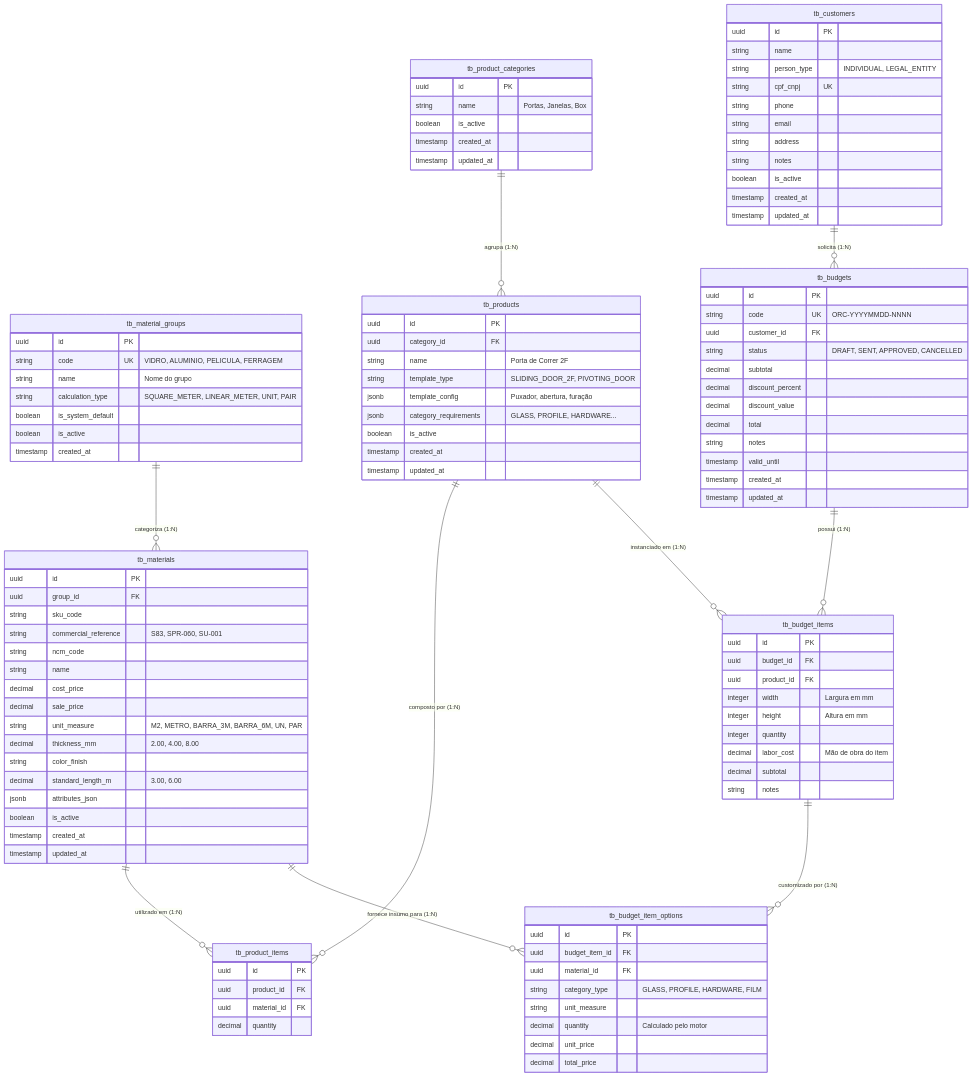
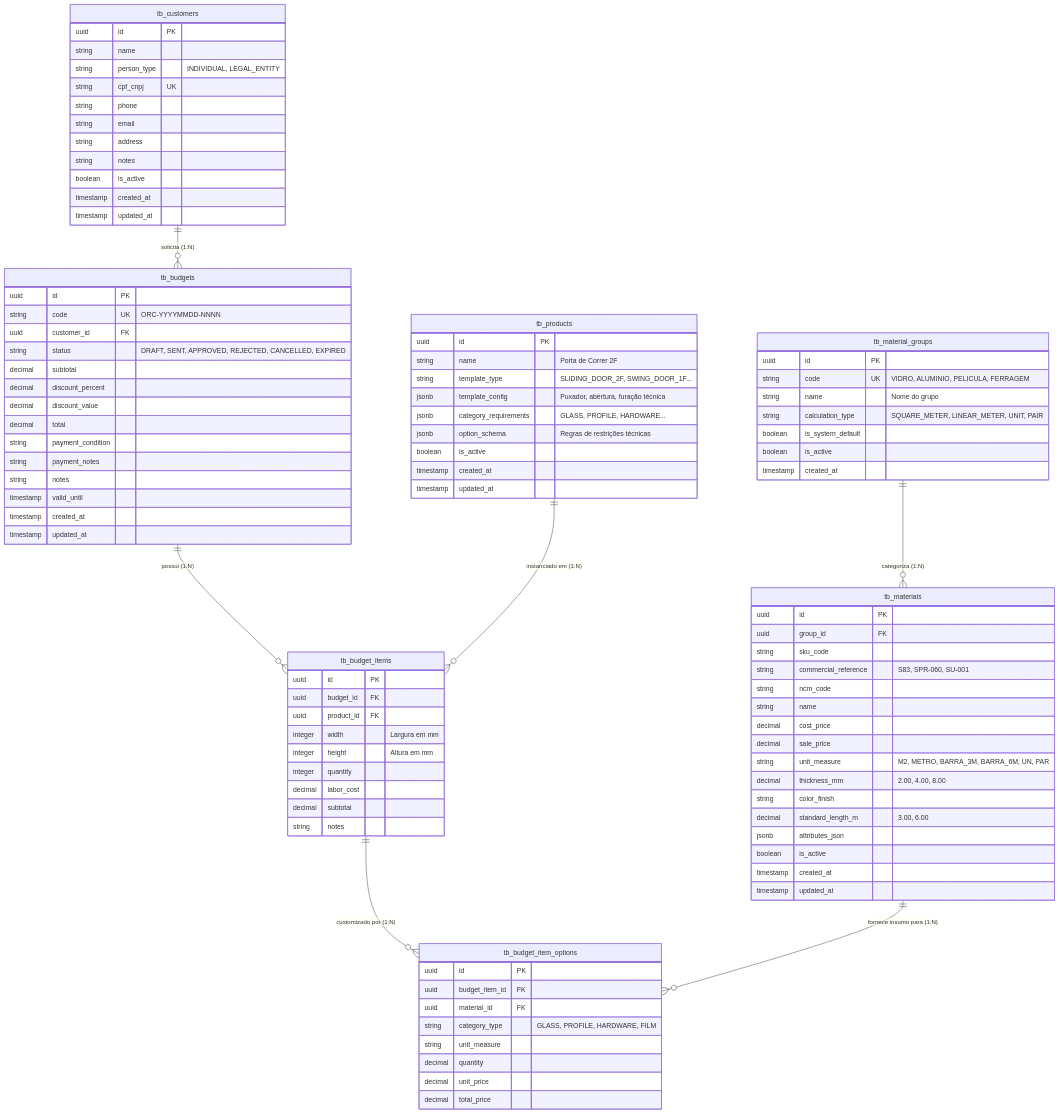
Before and after one commit to ADS-IFPB-SR/alumigest: the diagram in docs/sistema/001-analise-projeto/DER-Catalogo_Materiais.md, drawn with Mermaid. The commit also changed other lines of this file and 18 other files, not shown here.

````diff
--- a/docs/sistema/001-analise-projeto/DER-Catalogo_Materiais.md
+++ b/docs/sistema/001-analise-projeto/DER-Catalogo_Materiais.md
@@ -31,9 +32,6 @@
 ```mermaid
 erDiagram
     tb_material_groups ||--o{ tb_materials : "categoriza (1:N)"
-    tb_product_categories ||--o{ tb_products : "agrupa (1:N)"
-    tb_products ||--o{ tb_product_items : "composto por (1:N)"
-    tb_materials ||--o{ tb_product_items : "utilizado em (1:N)"
     
     tb_customers ||--o{ tb_budgets : "solicita (1:N)"
     tb_budgets ||--o{ tb_budget_items : "possui (1:N)"
@@ -70,31 +68,16 @@
         timestamp updated_at
     }
 
-    tb_product_categories {
+    tb_products {
         uuid id PK
-        string name "Portas, Janelas, Box"
+        string name "Porta de Correr 2F"
+        string template_type "SLIDING_DOOR_2F, SWING_DOOR_1F..."
+        jsonb template_config "Puxador, abertura, furação técnica"
+        jsonb category_requirements "GLASS, PROFILE, HARDWARE..."
+        jsonb option_schema "Regras de restrições técnicas"
         boolean is_active
         timestamp created_at
         timestamp updated_at
-    }
-
-    tb_products {
-        uuid id PK
-        uuid category_id FK
-        string name "Porta de Correr 2F"
-        string template_type "SLIDING_DOOR_2F, PIVOTING_DOOR"
-        jsonb template_config "Puxador, abertura, furação"
-        jsonb category_requirements "GLASS, PROFILE, HARDWARE..."
-        boolean is_active
-        timestamp created_at
-        timestamp updated_at
-    }
-
-    tb_product_items {
-        uuid id PK
-        uuid product_id FK
-        uuid material_id FK
-        decimal quantity
     }
 
     tb_customers {
@@ -115,11 +98,13 @@
         uuid id PK
         string code UK "ORC-YYYYMMDD-NNNN"
         uuid customer_id FK
-        string status "DRAFT, SENT, APPROVED, CANCELLED"
+        string status "DRAFT, SENT, APPROVED, REJECTED, CANCELLED, EXPIRED"
         decimal subtotal
         decimal discount_percent
         decimal discount_value
         decimal total
+        string payment_condition
+        string payment_notes
         string notes
         timestamp valid_until
         timestamp created_at
@@ -133,7 +118,7 @@
         integer width "Largura em mm"
         integer height "Altura em mm"
         integer quantity
-        decimal labor_cost "Mão de obra do item"
+        decimal labor_cost
         decimal subtotal
         string notes
     }
@@ -144,7 +129,7 @@
         uuid material_id FK
         string category_type "GLASS, PROFILE, HARDWARE, FILM"
         string unit_measure
-        decimal quantity "Calculado pelo motor"
+        decimal quantity
         decimal unit_price
         decimal total_price
     }
````
